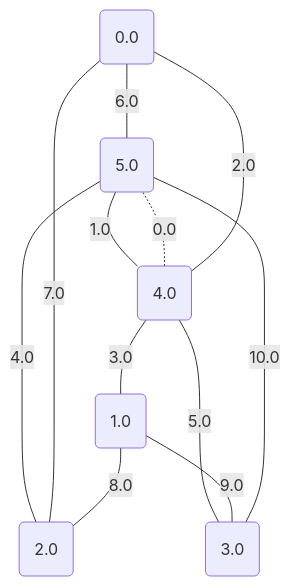
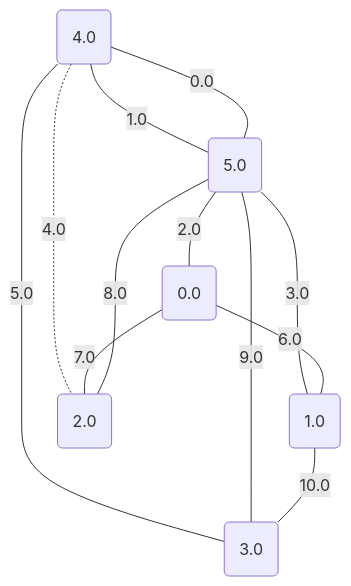
One commit to metury/graphs changed the tenth of 17 diagrams in project/src/testing/minCutPetersen.md. Above: the diagram before and after it, drawn with Mermaid. The commit also changed other lines of this file and 78 other files, not shown here.

````diff
--- a/project/src/testing/minCutPetersen.md
+++ b/project/src/testing/minCutPetersen.md
@@ -268,20 +268,20 @@
 ```mermaid
 graph TD;
 0("0.0");
 1("1.0");
 2("2.0");
 3("3.0");
 4("4.0");
 5("5.0");
-	4 -. "0.0" -.- 5;
-	5 -- "1.0" --- 4;
-	4 -- "2.0" --- 0;
-	4 -- "3.0" --- 1;
-	5 -- "4.0" --- 2;
+	5 -- "0.0" --- 4;
+	4 -- "1.0" --- 5;
+	5 -- "2.0" --- 0;
+	5 -- "3.0" --- 1;
+	4 -. "4.0" -.- 2;
 	4 -- "5.0" --- 3;
-	0 -- "6.0" --- 5;
+	0 -- "6.0" --- 1;
 	0 -- "7.0" --- 2;
-	1 -- "8.0" --- 2;
-	1 -- "9.0" --- 3;
-	5 -- "10.0" --- 3;
+	5 -- "8.0" --- 2;
+	5 -- "9.0" --- 3;
+	1 -- "10.0" --- 3;
 ```
````
